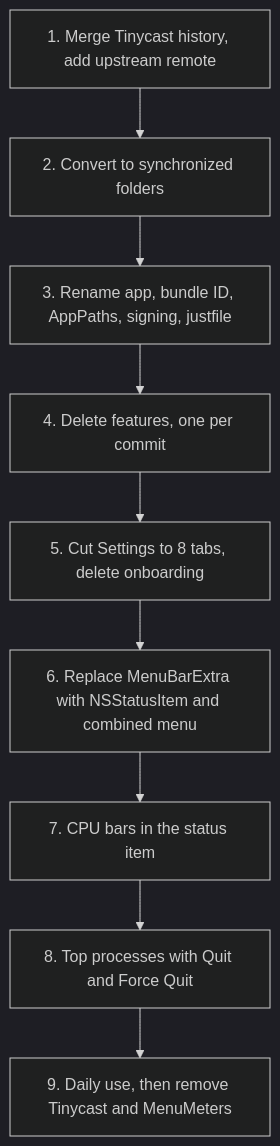
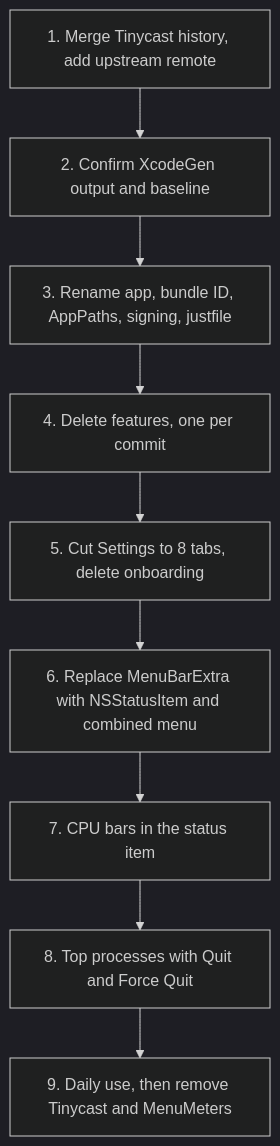
One commit to gstark/perch changed the diagram in PLAN.md. Above: the diagram before and after it, drawn with Mermaid (dark theme). The commit also changed other lines of this file and 216 other files, not shown here.

````diff
--- a/PLAN.md
+++ b/PLAN.md
@@ -149,11 +152,11 @@
 ```mermaid
 flowchart TD
-  A[1. Merge Tinycast history, add upstream remote] --> B[2. Convert to synchronized folders]
+  A[1. Merge Tinycast history, add upstream remote] --> B[2. Confirm XcodeGen output and baseline]
   B --> C[3. Rename app, bundle ID, AppPaths, signing, justfile]
   C --> D[4. Delete features, one per commit]
   D --> E[5. Cut Settings to 8 tabs, delete onboarding]
   E --> F[6. Replace MenuBarExtra with NSStatusItem and combined menu]
   F --> G[7. CPU bars in the status item]
   G --> H[8. Top processes with Quit and Force Quit]
   H --> I[9. Daily use, then remove Tinycast and MenuMeters]
 ```
````
